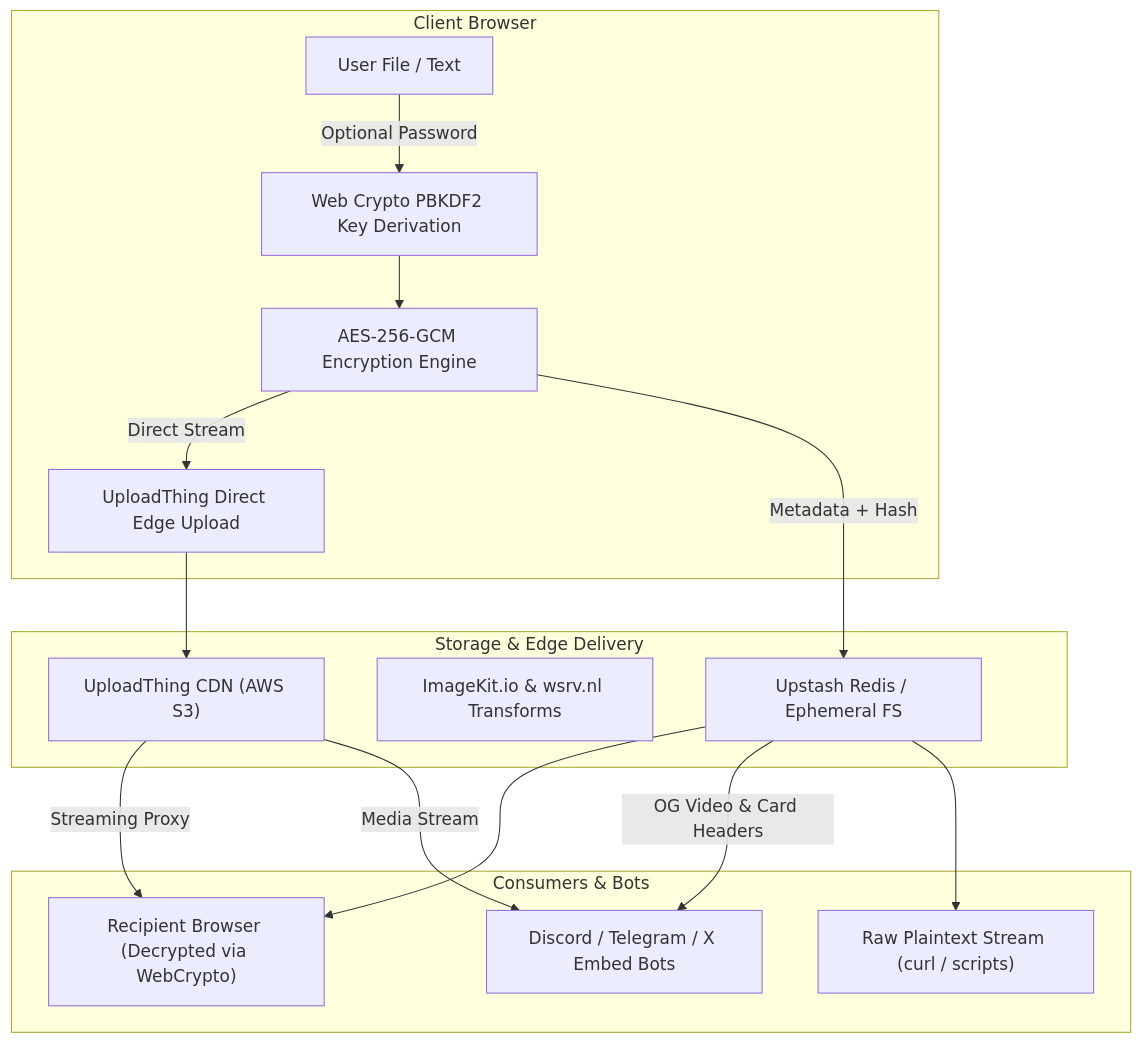
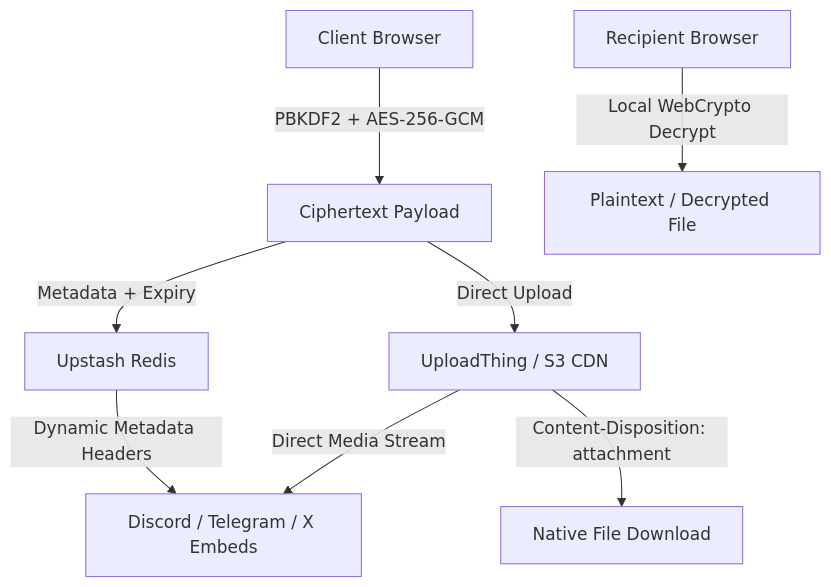
One commit to tech-anupam/OpenShare changed the first of 2 diagrams in CODE.md. Above: the diagram before and after it, drawn with Mermaid. The commit also changed other lines of this file and 1 other file, not shown here.

Commit message:
docs: streamline README and CODE.md with badges, diagrams, and presentative design

````diff
--- a/CODE.md
+++ b/CODE.md
@@ -11,33 +16,11 @@
 ```mermaid
-flowchart TD
-    subgraph Browser ["Client Browser"]
-        U["User File / Text"]
-        KG["Web Crypto PBKDF2 Key Derivation"]
-        ENC["AES-256-GCM Encryption Engine"]
-        UT_C["UploadThing Direct Edge Upload"]
-    end
-
-    subgraph Storage ["Storage & Edge Delivery"]
-        UT_S["UploadThing CDN (AWS S3)"]
-        IK["ImageKit.io & wsrv.nl Transforms"]
-        REDIS["Upstash Redis / Ephemeral FS"]
-    end
-
-    subgraph Consumer ["Consumers & Bots"]
-        WEB["Recipient Browser (Decrypted via WebCrypto)"]
-        DISCORD["Discord / Telegram / X Embed Bots"]
-        RAW["Raw Plaintext Stream (curl / scripts)"]
-    end
-
-    U -->|Optional Password| KG
-    KG --> ENC
-    ENC -->|Direct Stream| UT_C
-    UT_C --> UT_S
-    ENC -->|Metadata + Hash| REDIS
-
-    REDIS --> WEB
-    UT_S -->|Streaming Proxy| WEB
-    REDIS -->|OG Video & Card Headers| DISCORD
-    UT_S -->|Media Stream| DISCORD
-    REDIS --> RAW
+graph TD
+    Client["Client Browser"] -->|PBKDF2 + AES-256-GCM| Encrypted["Ciphertext Payload"]
+    Encrypted -->|Direct Upload| UT["UploadThing / S3 CDN"]
+    Encrypted -->|Metadata + Expiry| Redis["Upstash Redis"]
+    
+    Viewer["Recipient Browser"] -->|Local WebCrypto Decrypt| Decrypted["Plaintext / Decrypted File"]
+    Redis -->|Dynamic Metadata Headers| Bots["Discord / Telegram / X Embeds"]
+    UT -->|Direct Media Stream| Bots
+    UT -->|Content-Disposition: attachment| Download["Native File Download"]
 ```
````
